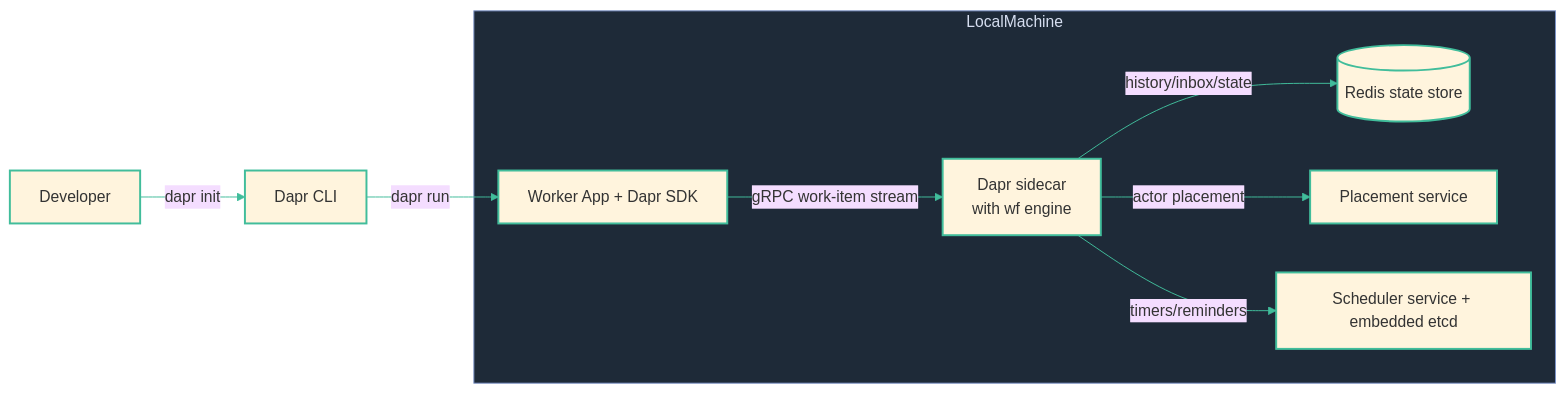
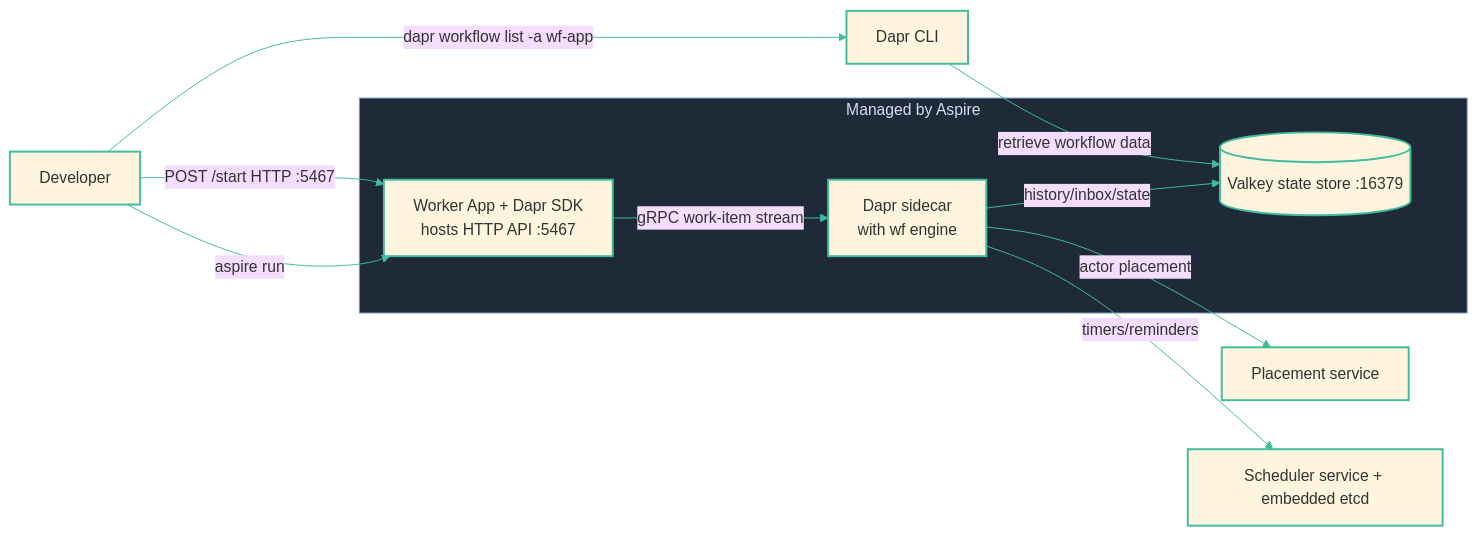
Before and after one commit to diagrid-labs/durable-execution-battle: the diagram in slides/05-demo/05-dapr-diagram.md, drawn with Mermaid (base theme). The commit also changed other lines of this file and 10 other files, not shown here.

Commit message:
Update flow and diagrams

````diff
--- a/slides/05-demo/05-dapr-diagram.md
+++ b/slides/05-demo/05-dapr-diagram.md
@@ -3,15 +3,18 @@
 ```mermaid
 graph LR
-  Dev[Developer] -->|dapr init| CLI[Dapr CLI]
-  CLI -->|dapr run| App
-  subgraph LocalMachine
-    App[Worker App + Dapr SDK] -->|gRPC work-item stream| Sidecar[Dapr sidecar
+  Dev[Developer] -->|aspire run| App
+  Dev -->|POST /start HTTP :5467| App
+  Dev -->|dapr workflow list -a wf-app| CLI[Dapr CLI]
+  subgraph AspireManaged[Managed by Aspire]
+    App[Worker App + Dapr SDK
+     hosts HTTP API :5467] -->|gRPC work-item stream| Sidecar[Dapr sidecar
      with wf engine]
-    Sidecar -->|history/inbox/state| Store[(Redis state store)]
-    Sidecar -->|actor placement| Placement[Placement service]
-    Sidecar -->|timers/reminders| Scheduler[Scheduler service + embedded etcd]
+    Sidecar -->|history/inbox/state| Store[(Valkey state store :16379)]
   end
+  Sidecar -->|actor placement| Placement[Placement service]
+  Sidecar -->|timers/reminders| Scheduler[Scheduler service + embedded etcd]
+  CLI -->|retrieve workflow data| Store
   classDef default stroke:#41bd9b,stroke-width:2px
   linkStyle default stroke:#41bd9b,stroke-width:1px
-  style LocalMachine fill:#1e2a38,stroke:#7c93c7,stroke-width:1px,color:#d6def0
+  style AspireManaged fill:#1e2a38,stroke:#7c93c7,stroke-width:1px,color:#d6def0
 ```
````
